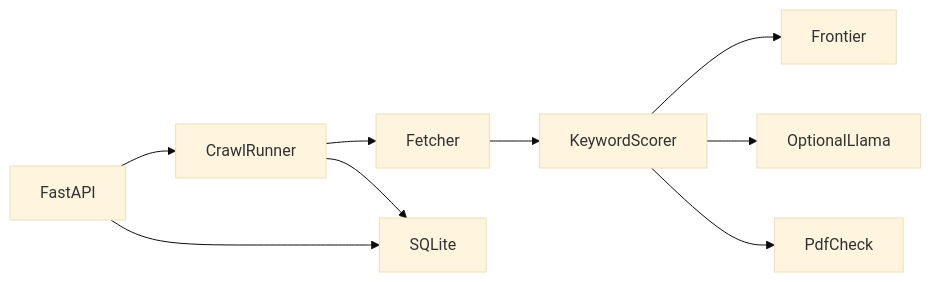
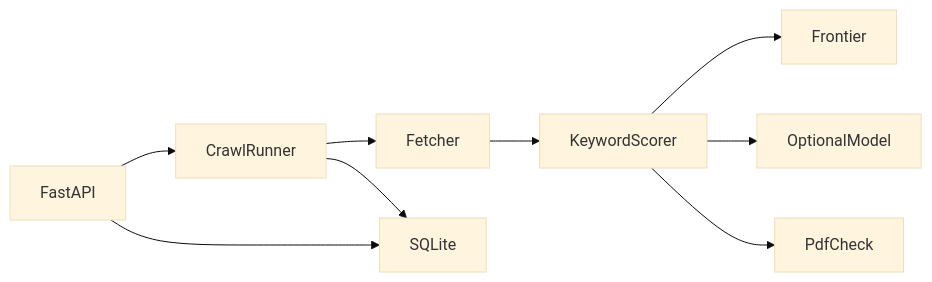
Before and after one commit to Verdent06/crawler: the first of 4 diagrams in README.md, drawn with Mermaid (base theme). The commit also changed other lines of this file and 32 other files, not shown here.

````diff
--- a/README.md
+++ b/README.md
@@ -50,11 +69,11 @@
 ```mermaid
 flowchart LR
   api[FastAPI] --> runner[CrawlRunner]
   runner --> fetch[Fetcher]
   fetch --> score[KeywordScorer]
   score --> frontier[Frontier]
-  score --> llm[OptionalLlama]
+  score --> llm[OptionalModel]
   score --> pdf[PdfCheck]
   runner --> db[SQLite]
   api --> db
 ```
````
